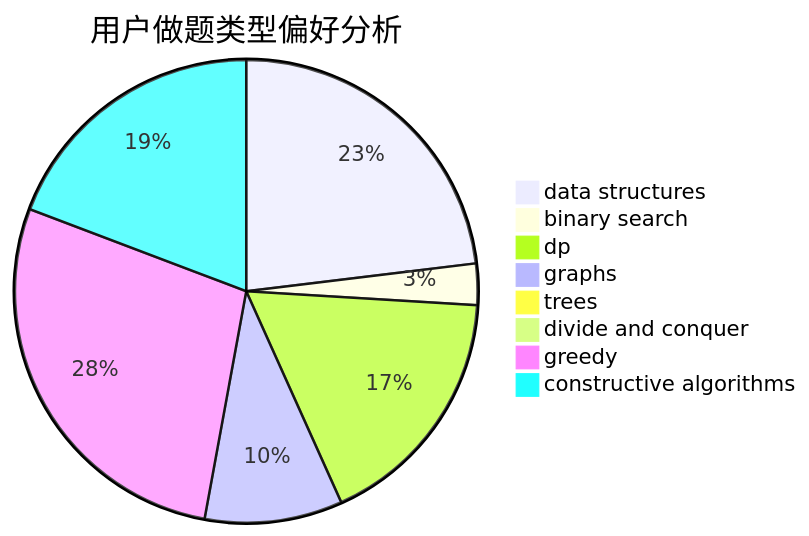
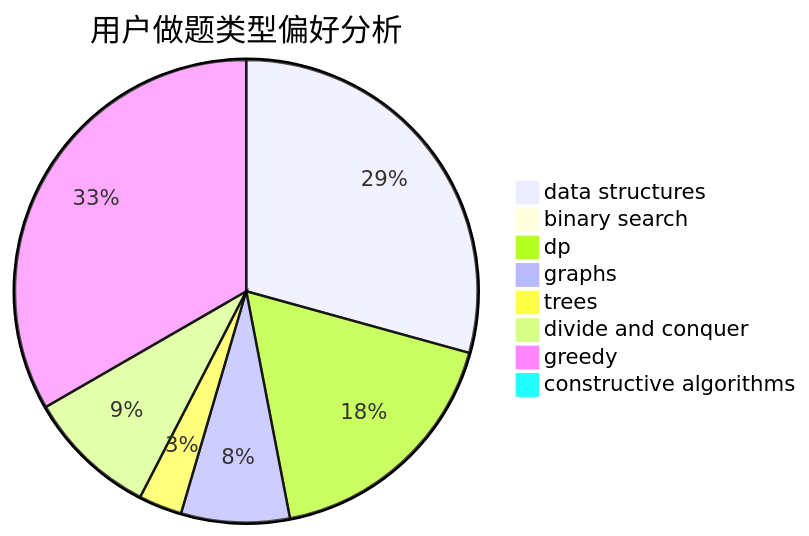
The second of 3 diagrams in docs/user/u204.md (sherpahu/cfrs.github.io), drawn with Mermaid before and after one commit. The commit also changed other lines of this file and 2770 other files, not shown here.

````diff
--- a/docs/user/u204.md
+++ b/docs/user/u204.md
@@ -23,11 +23,11 @@
 ```mermaid
 pie title 用户做题类型偏好分析
-    "data structures" :  24
-    "binary search" :  3
-    "dp" :  18
-    "graphs" :  10
-    "trees" :  0
-    "divide and conquer" :  0
-    "greedy" :  29
-    "constructive algorithms" :  20
+    "data structures" :  58
+    "binary search" :  0
+    "dp" :  35
+    "graphs" :  15
+    "trees" :  6
+    "divide and conquer" :  18
+    "greedy" :  66
+    "constructive algorithms" :  1
 ```
````
